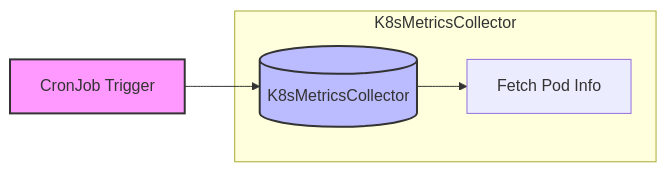
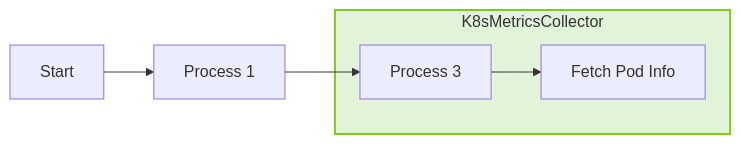
The third of 16 diagrams in markdown.md (aibangjuxin/knowledge), drawn with Mermaid before and after one commit. The commit also changed other lines of this file and 6 other files, not shown here.

````diff
--- a/markdown.md
+++ b/markdown.md
@@ -23,9 +58,18 @@
 ```mermaid
-flowchart LR
-    A[CronJob Trigger] --> B[(K8sMetricsCollector)]
-    style A fill:#f9f,stroke:#333,stroke-width:2px
-    style B fill:#bbf,stroke:#333,stroke-width:2px 
+%%{init: { 
+    'theme': 'forest',
+    'themeVariables': {'
+    'fontFamily': 'Arial'
+    'fontsize': '12px'
+}
+}}%%
+graph LR
+    A[Start] --> B[Process 1]
+    B --> D[Process 3]
     subgraph K8sMetricsCollector
-        B --> C[Fetch Pod Info]
+        D --> E[Fetch Pod Info]
     end
+    style K8sMetricsCollector fill:#e1f3d8,stroke:#82c91e,stroke-width:2px
+    classDef K8sMetricsCollector fill:#e1f3d8,stroke:#82c91e,stroke-width:2px;
+    class B,C fill:#f9f,stroke:#333,stroke-width:2px;
 ```
````
